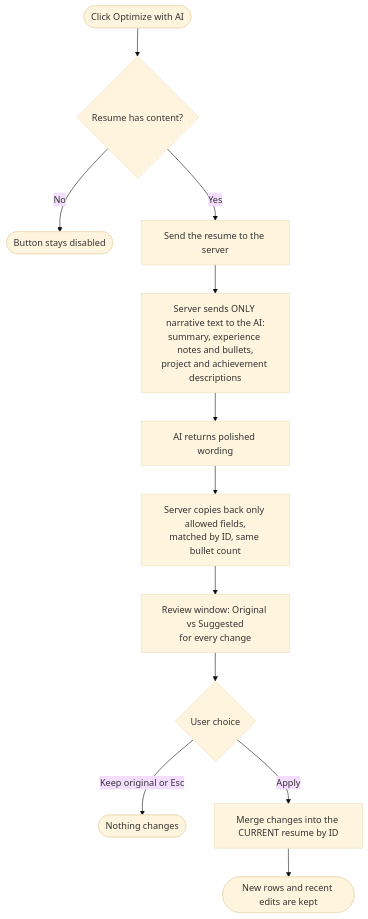
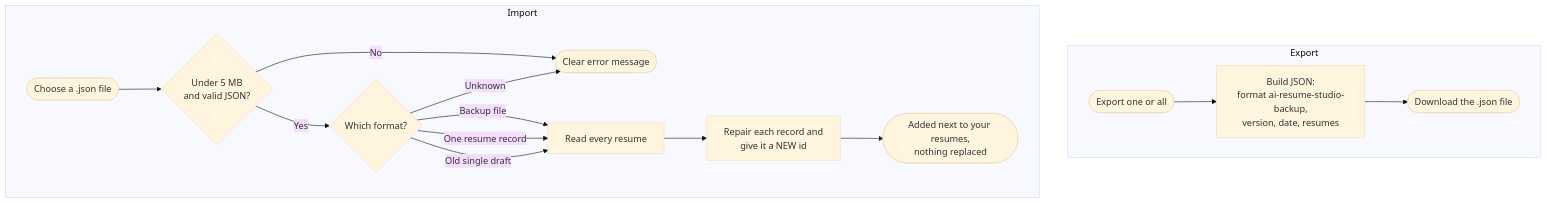
One commit to silent-coder-dev/ai-resume-builder changed diagram 15 of 30 in doc/04-FLOWCHARTS.md. Above: the diagram before and after it, drawn with Mermaid (base theme). The commit also changed other lines of this file and 122 other files, not shown here.

````diff
--- a/doc/04-FLOWCHARTS.md
+++ b/doc/04-FLOWCHARTS.md
@@ -262,14 +390,18 @@
 ```mermaid
 flowchart TD
-    A(["Click Optimize with AI"]) --> B{"Resume has content?"}
-    B -->|No| Z(["Button stays disabled"])
-    B -->|Yes| C["Send the resume to the server"]
-    C --> D["Server sends ONLY narrative text to the AI:<br/>summary, experience notes and bullets,<br/>project and achievement descriptions"]
-    D --> E["AI returns polished wording"]
-    E --> F["Server copies back only allowed fields,<br/>matched by ID, same bullet count"]
-    F --> G["Review window: Original vs Suggested<br/>for every change"]
-    G --> H{"User choice"}
-    H -->|Keep original or Esc| I(["Nothing changes"])
-    H -->|Apply| J["Merge changes into the CURRENT resume by ID"]
-    J --> K(["New rows and recent edits are kept"])
+    subgraph Export
+        E1(["Export one or all"]) --> E2["Build JSON:<br/>format ai-resume-studio-backup,<br/>version, date, resumes"]
+        E2 --> E3(["Download the .json file"])
+    end
+    subgraph Import
+        I1(["Choose a .json file"]) --> I2{"Under 5 MB<br/>and valid JSON?"}
+        I2 -->|No| IE(["Clear error message"])
+        I2 -->|Yes| I3{"Which format?"}
+        I3 -->|"Backup file"| I4["Read every resume"]
+        I3 -->|"One resume record"| I4
+        I3 -->|"Old single draft"| I4
+        I3 -->|"Unknown"| IE
+        I4 --> I5["Repair each record and<br/>give it a NEW id"]
+        I5 --> I6(["Added next to your resumes,<br/>nothing replaced"])
+    end
 ```
````
